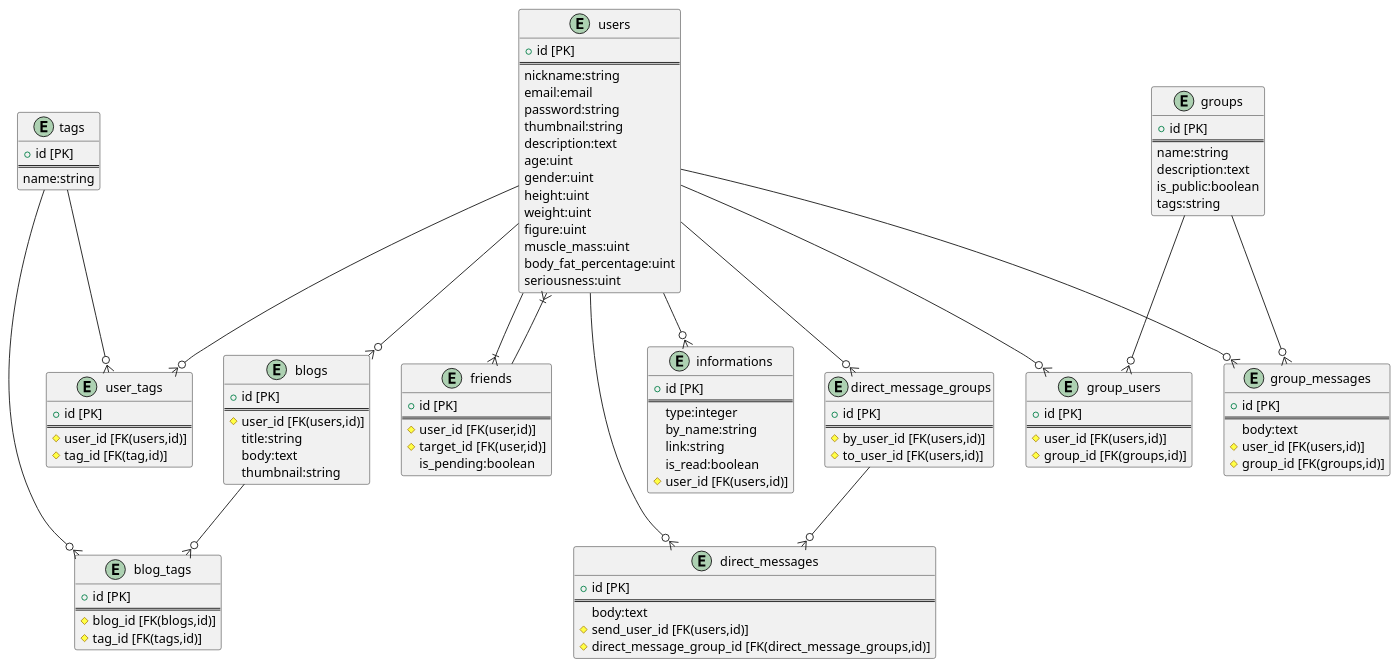
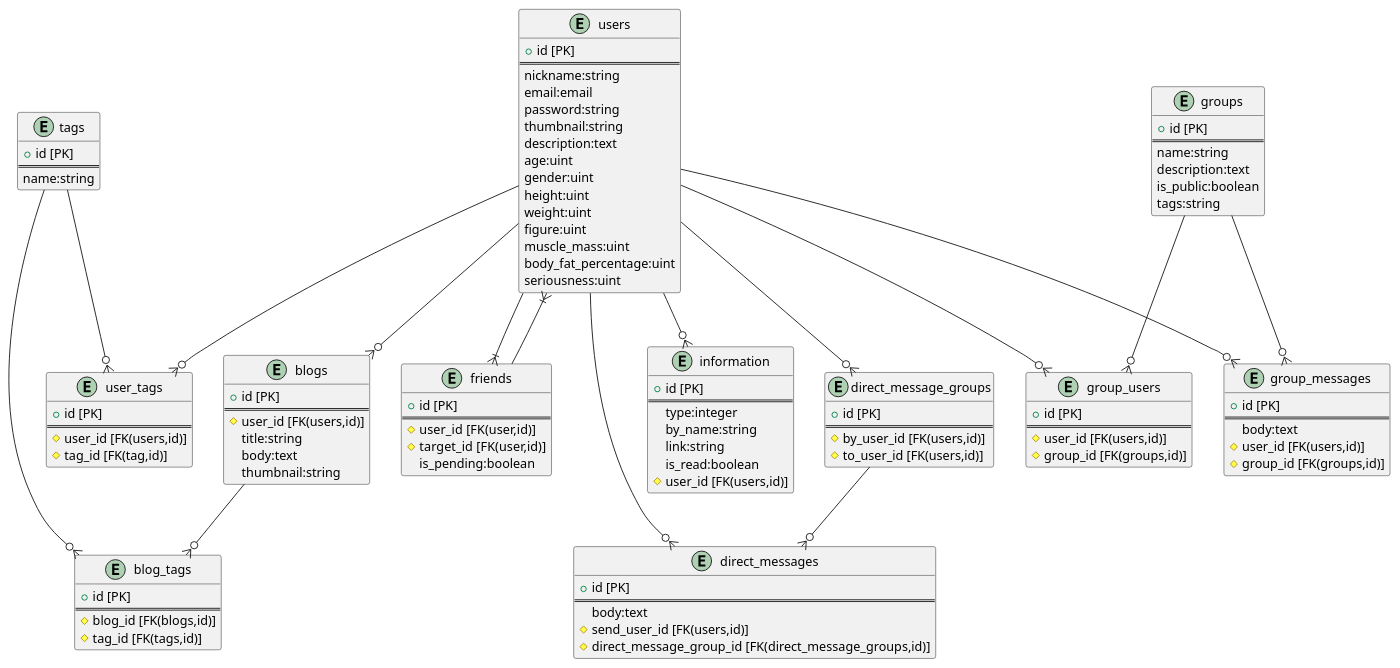
One commit to NAKKA-K/musclers changed the diagram in docs/ER.md. Above: the diagram before and after it, drawn with PlantUML. The commit also changed 1 other file, not shown here.

Commit message:
Update to 不可算名詞！

```diff
--- a/docs/ER.md
+++ b/docs/ER.md
@@ -21,7 +21,7 @@
     seriousness:uint
 }
 
-entity "informations" {
+entity "information" {
     + id [PK]
     ==
     type:integer
@@ -30,7 +30,7 @@
     is_read:boolean
     # user_id [FK(users,id)]
 }
-users --o{ informations
+users --o{ information
 
 entity "tags" {
     + id [PK]
```
